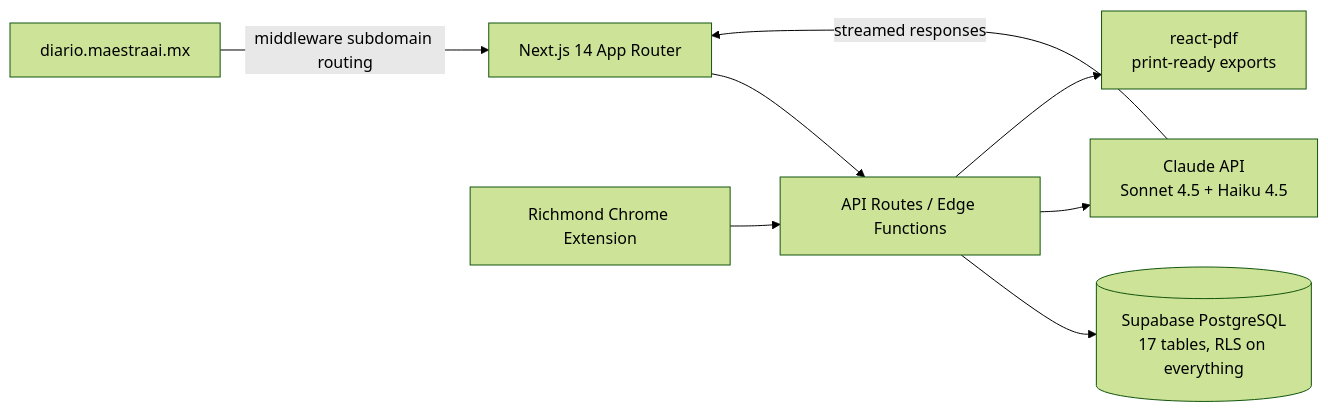
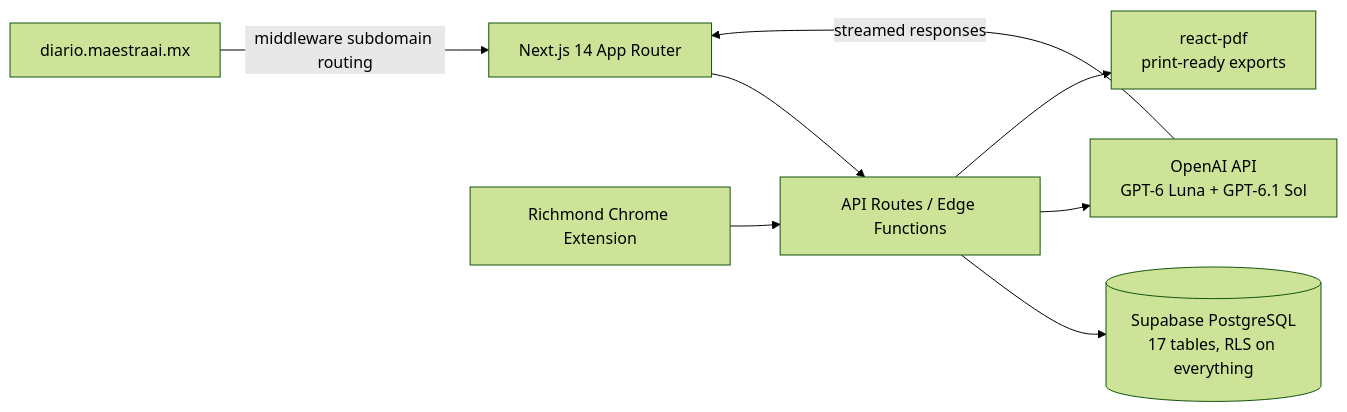
The diagram in README.md (AlanAAG/MaestraAI), drawn with Mermaid (forest theme) before and after one commit. The commit also changed other lines of this file and 55 other files, not shown here.

````diff
--- a/README.md
+++ b/README.md
@@ -37,10 +37,10 @@
 ```mermaid
 graph LR
     A[Next.js 14 App Router] --> B[API Routes / Edge Functions]
     B --> C[(Supabase PostgreSQL<br/>17 tables, RLS on everything)]
-    B --> D[Claude API<br/>Sonnet 4.5 + Haiku 4.5]
+    B --> D[OpenAI API<br/>GPT-6 Luna + GPT-6.1 Sol]
     D -->|streamed responses| A
     E[Richmond Chrome Extension] --> B
     F[diario.maestraai.mx] -->|middleware subdomain routing| A
     B --> G[react-pdf<br/>print-ready exports]
 ```
````
